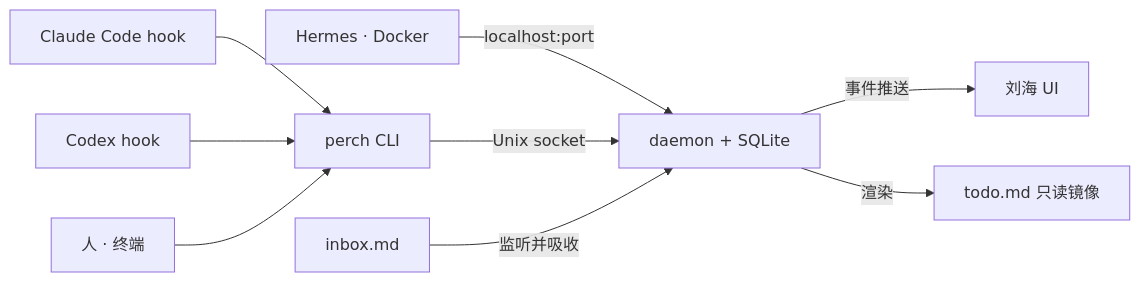
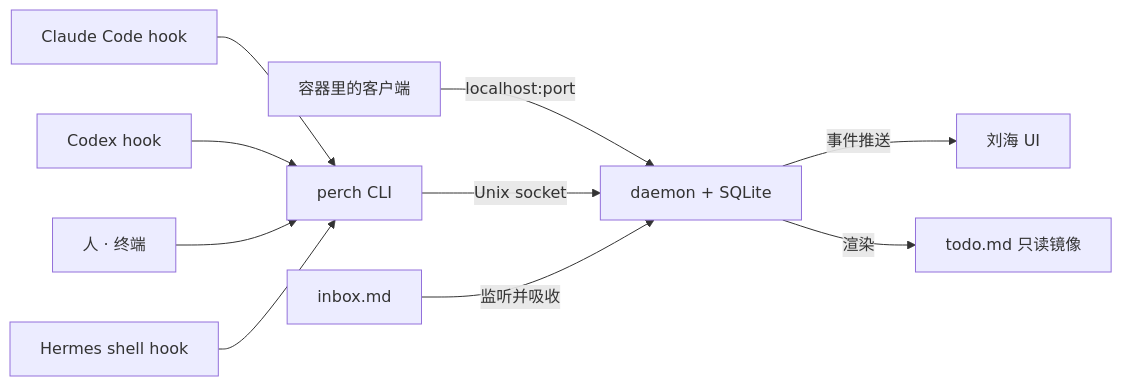
One commit to cryptowizard0/perch changed the diagram in docs/PRD.md. Above: the diagram before and after it, drawn with Mermaid. The commit also changed other lines of this file and 3 other files, not shown here.

Commit message:
docs: M6 — Hermes goes through shell hooks, facts and acceptance steps

````diff
--- a/docs/PRD.md
+++ b/docs/PRD.md
@@ -106,11 +106,12 @@
 ```mermaid
 flowchart LR
   CC[Claude Code hook] --> CLI[perch CLI]
   CX[Codex hook] --> CLI
   H[人 · 终端] --> CLI
-  HM[Hermes · Docker] -->|localhost:port| D[daemon + SQLite]
+  HM[Hermes shell hook] --> CLI
+  CT[容器里的客户端] -->|localhost:port| D[daemon + SQLite]
   CLI -->|Unix socket| D
   D -->|事件推送| UI[刘海 UI]
   D -->|渲染| MD[todo.md 只读镜像]
   IB[inbox.md] -->|监听并吸收| D
 ```
````
